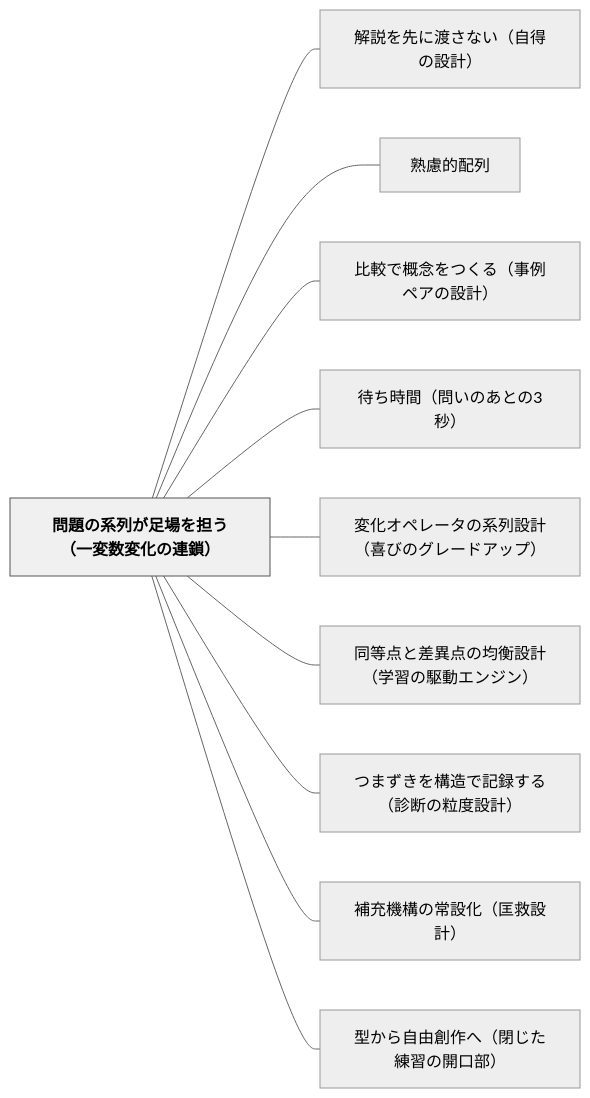
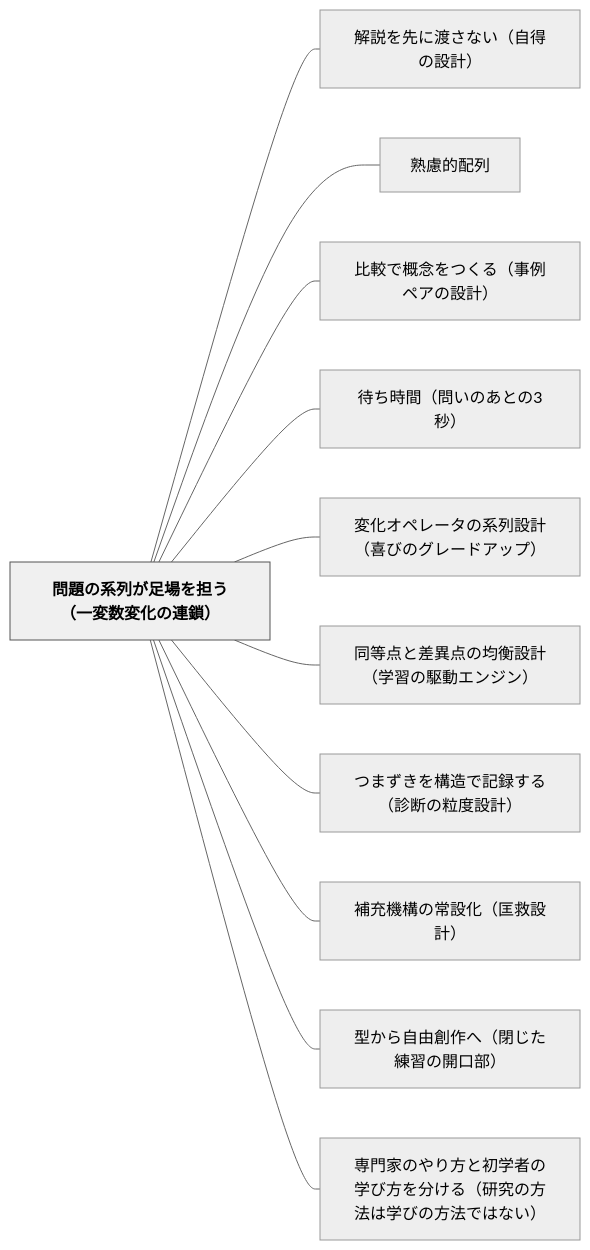
Before and after one commit to unknownthings-ed-patterns/unknownthings-ed-patterns: the diagram in content/パタン/問題の系列が足場を担う（一変数変化の連鎖）.md, drawn with Mermaid (neutral theme). The commit also changed other lines of this file and 14 other files, not shown here.

````diff
--- a/content/パタン/問題の系列が足場を担う（一変数変化の連鎖）.md
+++ b/content/パタン/問題の系列が足場を担う（一変数変化の連鎖）.md
@@ -131,26 +133,28 @@
 ```mermaid
 flowchart LR
     ne5958fe9a18ce381aee7b3bbe58897e3818ce8b6b3e5a0b4e38292e68b85e38186efbc88e4b880e5a489e695b0e5a489e58c96e381aee980a3e98e96efbc89["問題の系列が足場を担う（一変数変化の連鎖）"]
     ne8a7a3e8aaace38292e58588e381abe6b8a1e38195e381aae38184efbc88e887aae5be97e381aee8a8ade8a888efbc89["解説を先に渡さない（自得の設計）"]
     ne7869fe685aee79a84e9858de58897["熟慮的配列"]
     ne6af94e8bc83e381a7e6a682e5bfb5e38292e381a4e3818fe3828befbc88e4ba8be4be8be3839ae382a2e381aee8a8ade8a888efbc89["比較で概念をつくる（事例ペアの設計）"]
     ne5be85e381a1e69982e99693efbc88e5958fe38184e381aee38182e381a8e381ae33e7a792efbc89["待ち時間（問いのあとの3秒）"]
     ne5a489e58c96e382aae3839ae383ace383bce382bfe381aee7b3bbe58897e8a8ade8a888efbc88e5969ce381b3e381aee382b0e383ace383bce38389e382a2e38383e38397efbc89["変化オペレータの系列設計（喜びのグレードアップ）"]
     ne5908ce7ad89e782b9e381a8e5b7aee795b0e782b9e381aee59d87e8a1a1e8a8ade8a888efbc88e5ada6e7bf92e381aee9a786e58b95e382a8e383b3e382b8e383b3efbc89["同等点と差異点の均衡設計（学習の駆動エンジン）"]
     ne381a4e381bee3819ae3818de38292e6a78be980a0e381a7e8a898e98cb2e38199e3828befbc88e8a8bae696ade381aee7b292e5baa6e8a8ade8a888efbc89["つまずきを構造で記録する（診断の粒度設計）"]
     ne8a39ce58585e6a99fe6a78be381aee5b8b8e8a8ade58c96efbc88e58ca1e69591e8a8ade8a888efbc89["補充機構の常設化（匡救設計）"]
     ne59e8be3818be38289e887aae794b1e589b5e4bd9ce381b8efbc88e99689e38198e3819fe7b7b4e7bf92e381aee9968be58fa3e983a8efbc89["型から自由創作へ（閉じた練習の開口部）"]
+    ne5b082e99680e5aeb6e381aee38284e3828ae696b9e381a8e5889de5ada6e88085e381aee5ada6e381b3e696b9e38292e58886e38191e3828befbc88e7a094e7a9b6e381aee696b9e6b395e381afe5ada6e381b3e381aee696b9e6b395e381a7e381afe381aae38184efbc89["専門家のやり方と初学者の学び方を分ける（研究の方法は学びの方法ではない）"]
 
     ne5958fe9a18ce381aee7b3bbe58897e3818ce8b6b3e5a0b4e38292e68b85e38186efbc88e4b880e5a489e695b0e5a489e58c96e381aee980a3e98e96efbc89 --- ne8a7a3e8aaace38292e58588e381abe6b8a1e38195e381aae38184efbc88e887aae5be97e381aee8a8ade8a888efbc89
     ne5958fe9a18ce381aee7b3bbe58897e3818ce8b6b3e5a0b4e38292e68b85e38186efbc88e4b880e5a489e695b0e5a489e58c96e381aee980a3e98e96efbc89 --- ne7869fe685aee79a84e9858de58897
     ne5958fe9a18ce381aee7b3bbe58897e3818ce8b6b3e5a0b4e38292e68b85e38186efbc88e4b880e5a489e695b0e5a489e58c96e381aee980a3e98e96efbc89 --- ne6af94e8bc83e381a7e6a682e5bfb5e38292e381a4e3818fe3828befbc88e4ba8be4be8be3839ae382a2e381aee8a8ade8a888efbc89
     ne5958fe9a18ce381aee7b3bbe58897e3818ce8b6b3e5a0b4e38292e68b85e38186efbc88e4b880e5a489e695b0e5a489e58c96e381aee980a3e98e96efbc89 --- ne5be85e381a1e69982e99693efbc88e5958fe38184e381aee38182e381a8e381ae33e7a792efbc89
     ne5958fe9a18ce381aee7b3bbe58897e3818ce8b6b3e5a0b4e38292e68b85e38186efbc88e4b880e5a489e695b0e5a489e58c96e381aee980a3e98e96efbc89 --- ne5a489e58c96e382aae3839ae383ace383bce382bfe381aee7b3bbe58897e8a8ade8a888efbc88e5969ce381b3e381aee382b0e383ace383bce38389e382a2e38383e38397efbc89
     ne5958fe9a18ce381aee7b3bbe58897e3818ce8b6b3e5a0b4e38292e68b85e38186efbc88e4b880e5a489e695b0e5a489e58c96e381aee980a3e98e96efbc89 --- ne5908ce7ad89e782b9e381a8e5b7aee795b0e782b9e381aee59d87e8a1a1e8a8ade8a888efbc88e5ada6e7bf92e381aee9a786e58b95e382a8e383b3e382b8e383b3efbc89
     ne5958fe9a18ce381aee7b3bbe58897e3818ce8b6b3e5a0b4e38292e68b85e38186efbc88e4b880e5a489e695b0e5a489e58c96e381aee980a3e98e96efbc89 --- ne381a4e381bee3819ae3818de38292e6a78be980a0e381a7e8a898e98cb2e38199e3828befbc88e8a8bae696ade381aee7b292e5baa6e8a8ade8a888efbc89
     ne5958fe9a18ce381aee7b3bbe58897e3818ce8b6b3e5a0b4e38292e68b85e38186efbc88e4b880e5a489e695b0e5a489e58c96e381aee980a3e98e96efbc89 --- ne8a39ce58585e6a99fe6a78be381aee5b8b8e8a8ade58c96efbc88e58ca1e69591e8a8ade8a888efbc89
     ne5958fe9a18ce381aee7b3bbe58897e3818ce8b6b3e5a0b4e38292e68b85e38186efbc88e4b880e5a489e695b0e5a489e58c96e381aee980a3e98e96efbc89 --- ne59e8be3818be38289e887aae794b1e589b5e4bd9ce381b8efbc88e99689e38198e3819fe7b7b4e7bf92e381aee9968be58fa3e983a8efbc89
+    ne5958fe9a18ce381aee7b3bbe58897e3818ce8b6b3e5a0b4e38292e68b85e38186efbc88e4b880e5a489e695b0e5a489e58c96e381aee980a3e98e96efbc89 --- ne5b082e99680e5aeb6e381aee38284e3828ae696b9e381a8e5889de5ada6e88085e381aee5ada6e381b3e696b9e38292e58886e38191e3828befbc88e7a094e7a9b6e381aee696b9e6b395e381afe5ada6e381b3e381aee696b9e6b395e381a7e381afe381aae38184efbc89
 
     classDef hub fill:#f0f0f0,stroke:#555,color:#000,font-weight:bold
     class ne5958fe9a18ce381aee7b3bbe58897e3818ce8b6b3e5a0b4e38292e68b85e38186efbc88e4b880e5a489e695b0e5a489e58c96e381aee980a3e98e96efbc89 hub
 ```
````
